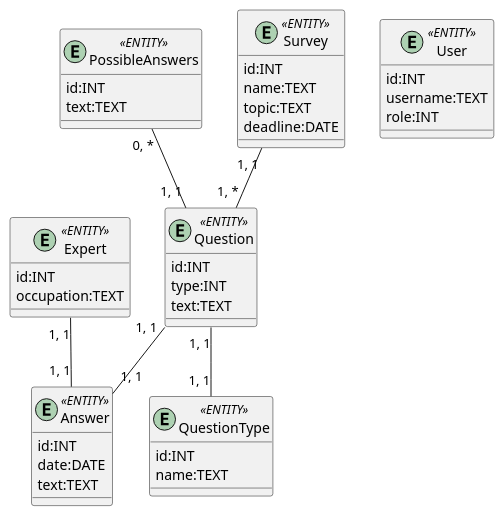
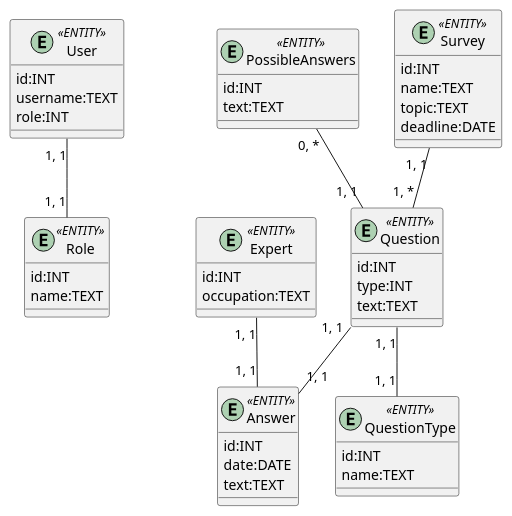
The diagram in src/uml/business-models/ER.puml (anrysliusar/SurvExp), drawn with PlantUML before and after one commit. The commit also changed 1 other file, not shown here.

Commit message:
UML fix (one more)

```diff
--- a/src/uml/business-models/ER.puml
+++ b/src/uml/business-models/ER.puml
@@ -1,49 +1,55 @@
 @startuml
 
   entity User <<ENTITY>> {
     id:INT
     username:TEXT
     role:INT
   }
   
   entity Expert <<ENTITY>>{
     id:INT
     occupation:TEXT
   }
   
   entity Survey <<ENTITY>>{
     id:INT
     name:TEXT
     topic:TEXT
     deadline:DATE
   }
   
   entity Question <<ENTITY>>{
     id:INT
     type:INT
     text:TEXT
   }
 
   entity Answer <<ENTITY>> {
     id:INT
     date:DATE
     text:TEXT
   }
   
   entity PossibleAnswers <<ENTITY>> {
     id:INT
     text:TEXT
   }
 
   entity QuestionType <<ENTITY>> {
   	id:INT
   	name:TEXT
   }
 
+  entity Role <<ENTITY>> {
+  	id:INT
+  	name:TEXT
+  }
+
   Question "1, *" -u- "1, 1" Survey
   Answer "1, 1" -u- "1, 1" Question
   Answer "1, 1" -u- "1, 1" Expert
   Question "1, 1" -u- "0, *" PossibleAnswers
   QuestionType "1, 1" -u- "1, 1" Question
+  Role "1, 1" -u- "1, 1" User
       
 @enduml
```
